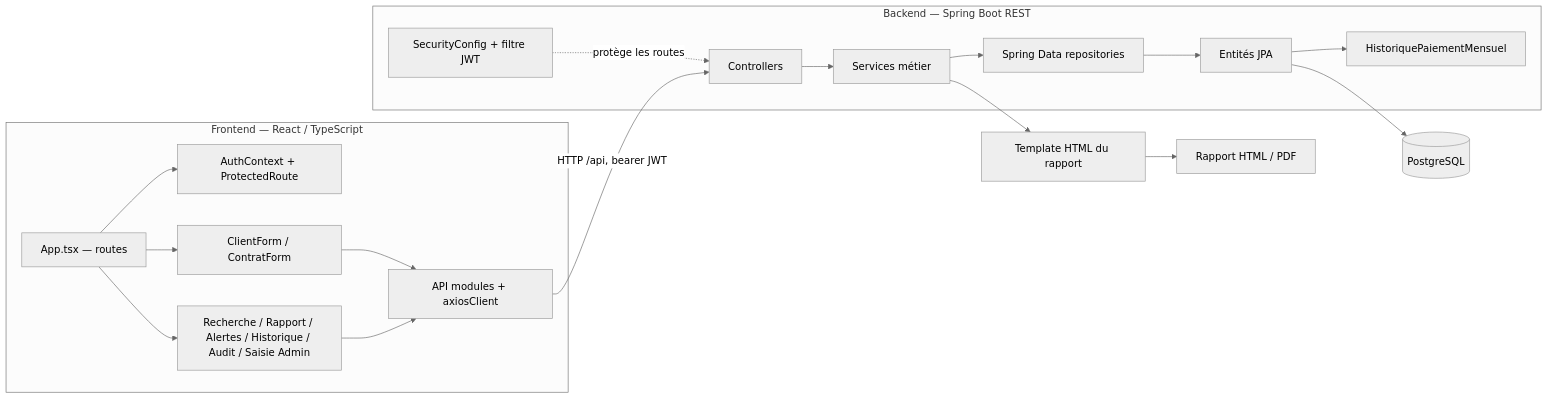
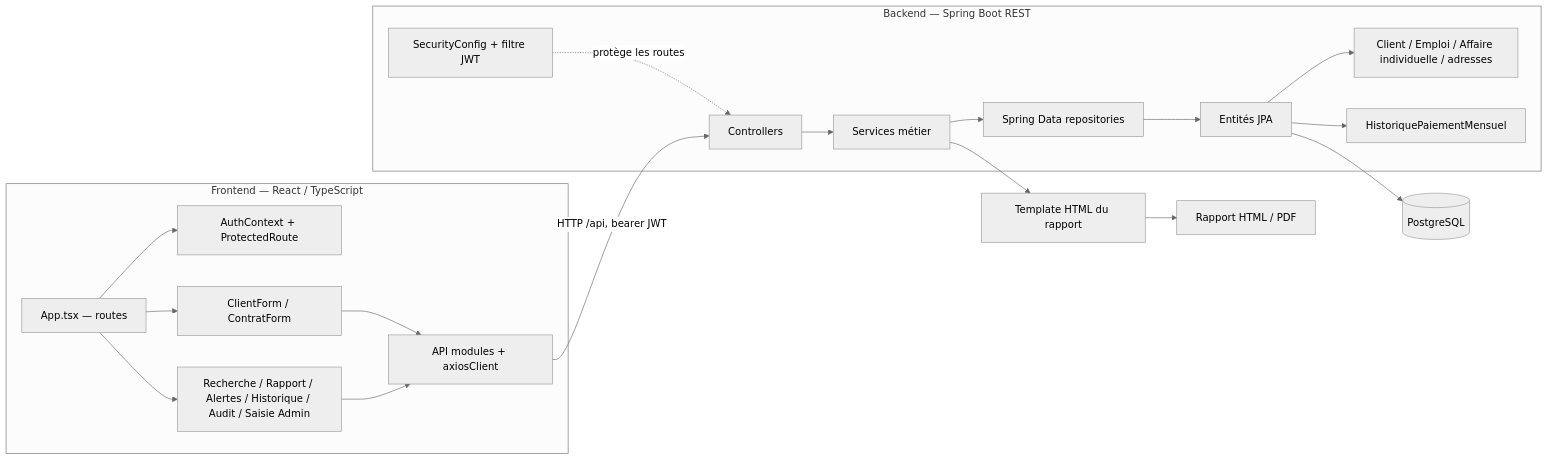
The diagram in docs/CODE_GRAPH.md (Tiavina-Ambinintsoa/Cecam-bic), drawn with Mermaid (neutral theme) before and after one commit. The commit also changed other lines of this file and 18 other files, not shown here.

````diff
--- a/docs/CODE_GRAPH.md
+++ b/docs/CODE_GRAPH.md
@@ -7,34 +7,36 @@
 ```mermaid
 flowchart LR
   subgraph UI[Frontend — React / TypeScript]
     App[App.tsx — routes]
     Auth[AuthContext + ProtectedRoute]
     Forms[ClientForm / ContratForm]
     Pages[Recherche / Rapport / Alertes / Historique / Audit / Saisie Admin]
     Api[API modules + axiosClient]
     App --> Auth
     App --> Forms
     App --> Pages
     Forms --> Api
     Pages --> Api
   end
 
   subgraph API[Backend — Spring Boot REST]
     Controllers[Controllers]
     Services[Services métier]
     Repositories[Spring Data repositories]
     Entities[Entités JPA]
+    ClientData[Client / Emploi / Affaire individuelle / adresses]
     Monthly[HistoriquePaiementMensuel]
     Security[SecurityConfig + filtre JWT]
     Controllers --> Services
     Services --> Repositories
     Repositories --> Entities
     Entities --> Monthly
+    Entities --> ClientData
     Security -. protège les routes .-> Controllers
   end
 
   Api -->|HTTP /api, bearer JWT| Controllers
   Entities --> DB[(PostgreSQL)]
   Services --> Template[Template HTML du rapport]
   Template --> PDF[Rapport HTML / PDF]
 ```
````
